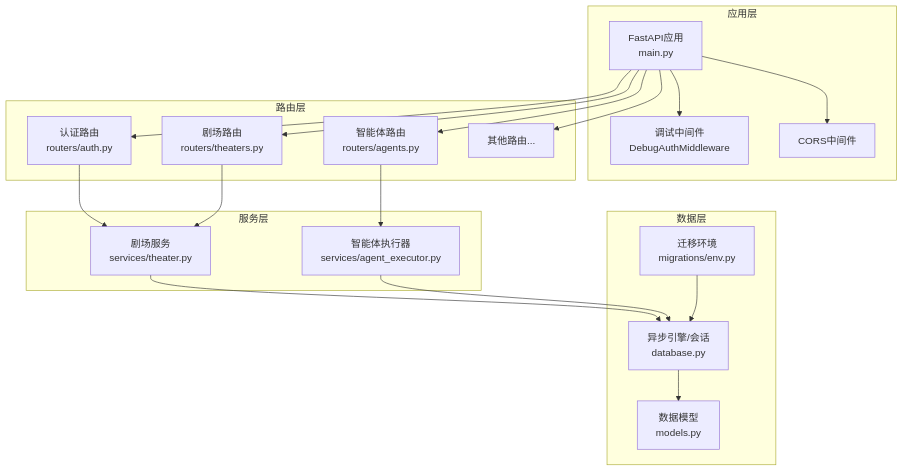
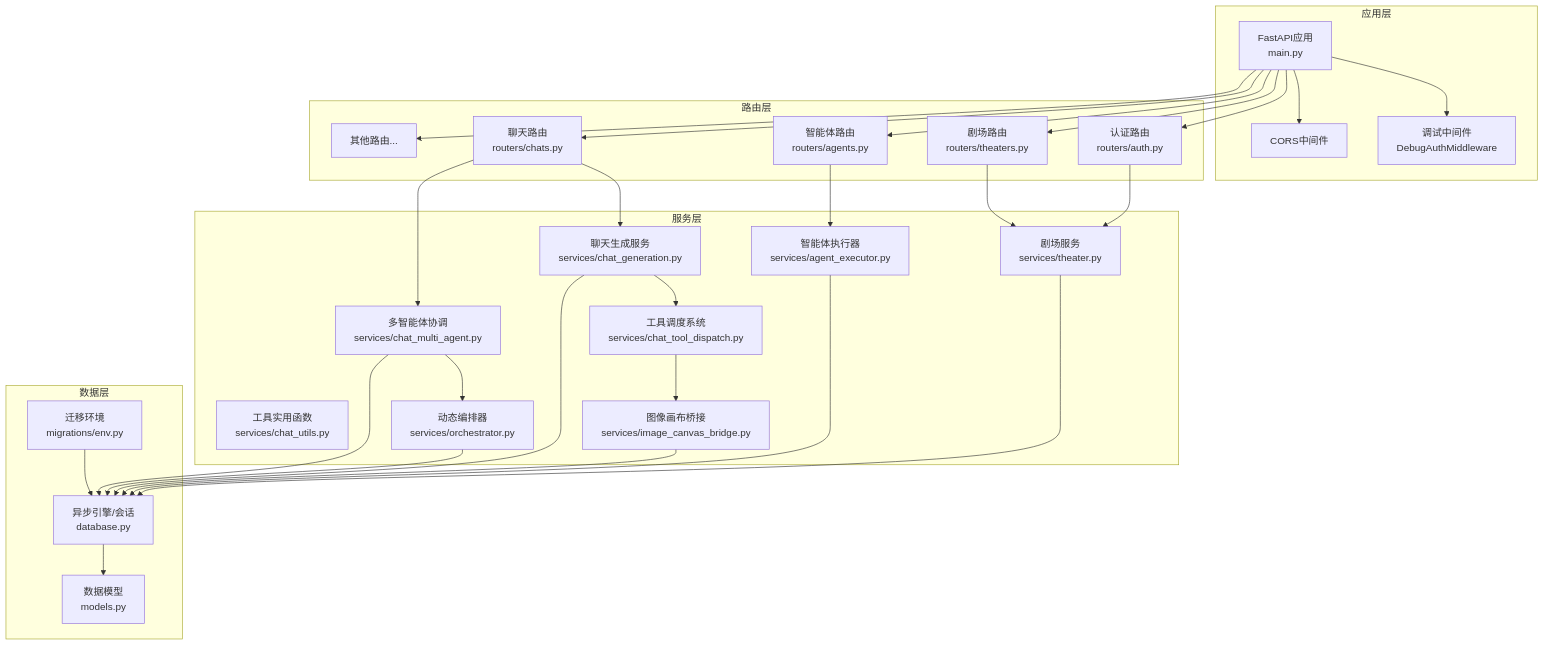
Before and after one commit to KunLabAI/KunFlix: the second of 10 diagrams in .qoder/repowiki/zh/content/后端服务架构/后端服务架构.md, drawn with Mermaid. The commit also changed other lines of this file and 31 other files, not shown here.

````diff
--- a/.qoder/repowiki/zh/content/后端服务架构/后端服务架构.md
+++ b/.qoder/repowiki/zh/content/后端服务架构/后端服务架构.md
@@ -107,36 +134,53 @@
 ```mermaid
 graph TB
 subgraph "应用层"
 M["FastAPI应用<br/>main.py"]
 MW["调试中间件<br/>DebugAuthMiddleware"]
 CORS["CORS中间件"]
 end
 subgraph "路由层"
 RA["认证路由<br/>routers/auth.py"]
 RT["剧场路由<br/>routers/theaters.py"]
 RG["智能体路由<br/>routers/agents.py"]
+RC["聊天路由<br/>routers/chats.py"]
 Others["其他路由..."]
 end
 subgraph "服务层"
 ST["剧场服务<br/>services/theater.py"]
 SX["智能体执行器<br/>services/agent_executor.py"]
+CG["聊天生成服务<br/>services/chat_generation.py"]
+CM["多智能体协调<br/>services/chat_multi_agent.py"]
+CTD["工具调度系统<br/>services/chat_tool_dispatch.py"]
+CU["工具实用函数<br/>services/chat_utils.py"]
+ORCH["动态编排器<br/>services/orchestrator.py"]
+ICB["图像画布桥接<br/>services/image_canvas_bridge.py"]
 end
 subgraph "数据层"
 DB["异步引擎/会话<br/>database.py"]
 MD["数据模型<br/>models.py"]
 MG["迁移环境<br/>migrations/env.py"]
 end
 M --> MW
 M --> CORS
 M --> RA
 M --> RT
 M --> RG
+M --> RC
 M --> Others
 RA --> ST
 RT --> ST
 RG --> SX
+RC --> CG
+RC --> CM
+CG --> CTD
+CM --> ORCH
+CTD --> ICB
 ST --> DB
 SX --> DB
+CG --> DB
+CM --> DB
+ORCH --> DB
+ICB --> DB
 DB --> MD
 MG --> DB
 ```
````
